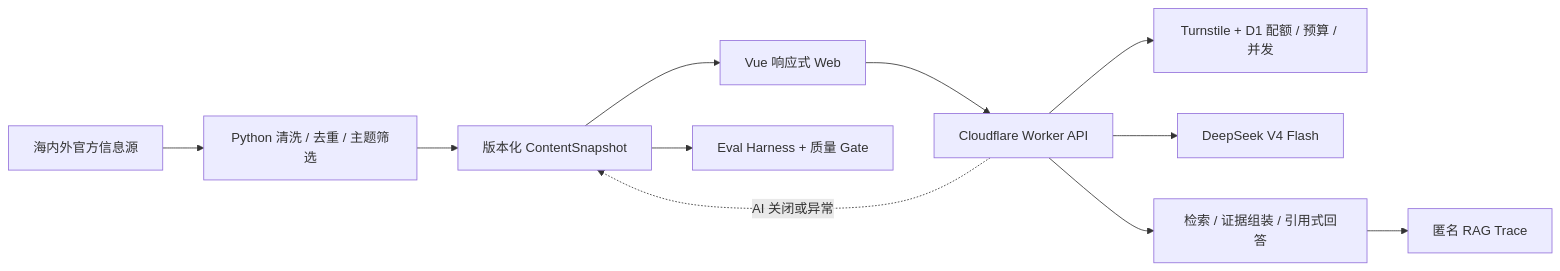
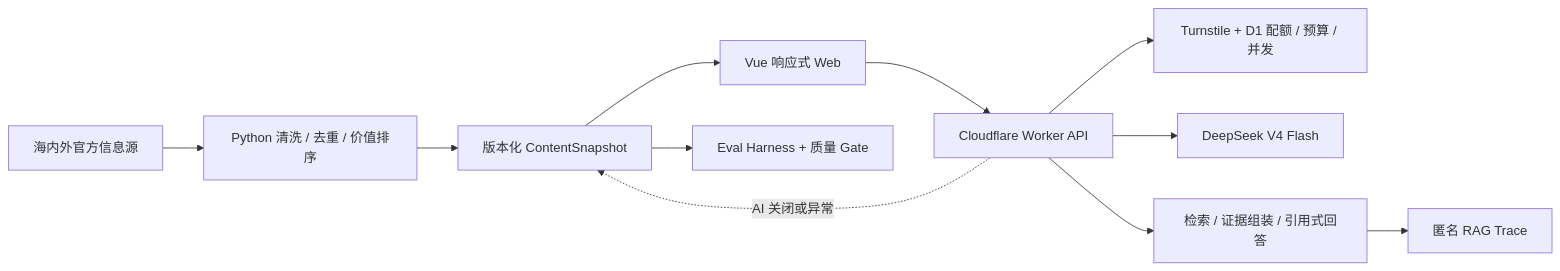
One commit to Dyj0926D/newseviday changed the diagram in README.md. Above: the diagram before and after it, drawn with Mermaid. The commit also changed other lines of this file and 27 other files, not shown here.

````diff
--- a/README.md
+++ b/README.md
@@ -30,13 +30,13 @@
 ```mermaid
 flowchart LR
-    Sources["海内外官方信息源"] --> Pipeline["Python 清洗 / 去重 / 主题筛选"]
+    Sources["海内外官方信息源"] --> Pipeline["Python 清洗 / 去重 / 价值排序"]
     Pipeline --> Snapshot["版本化 ContentSnapshot"]
     Snapshot --> Web["Vue 响应式 Web"]
     Web --> Worker["Cloudflare Worker API"]
     Worker --> Guardrails["Turnstile + D1 配额 / 预算 / 并发"]
     Worker --> Model["DeepSeek V4 Flash"]
     Worker --> RAG["检索 / 证据组装 / 引用式回答"]
     RAG --> Trace["匿名 RAG Trace"]
     Snapshot --> Eval["Eval Harness + 质量 Gate"]
     Worker -. "AI 关闭或异常" .-> Snapshot
 ```
````
